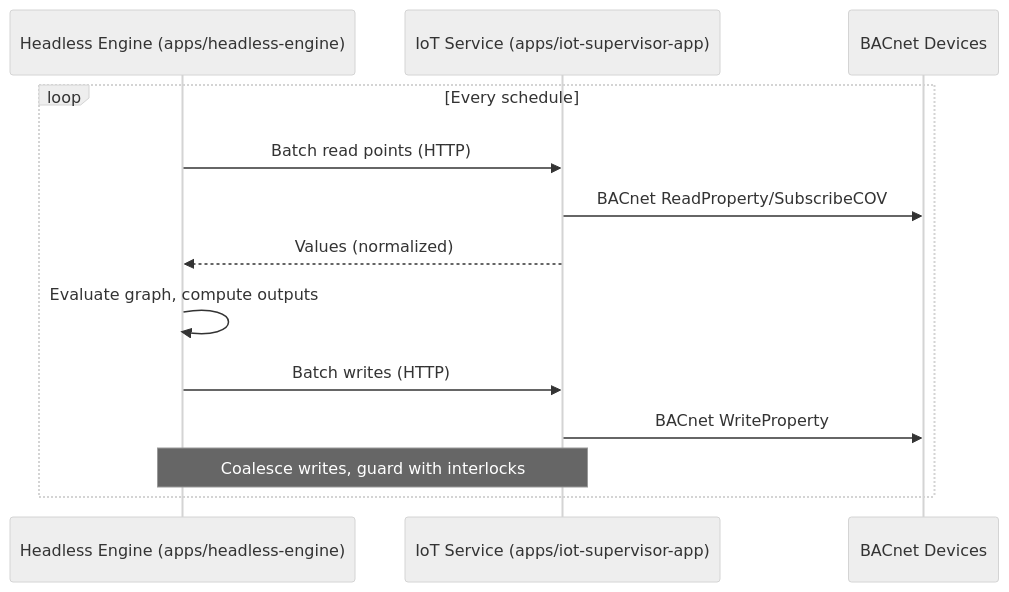
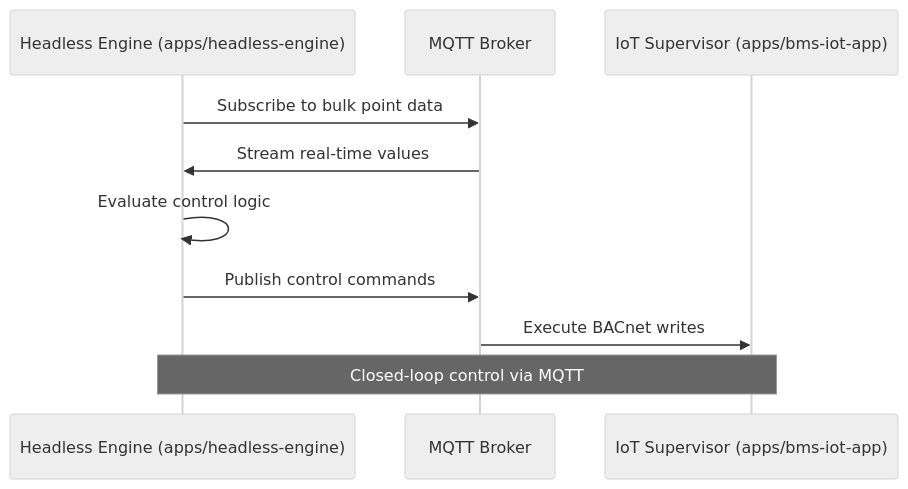
Before and after one commit to openbms-io/supervisor: the sixth of 6 diagrams in docs/architecture.md, drawn with Mermaid (neutral theme). The commit also changed other lines of this file and 154 other files, not shown here.

First line of the commit message:
Added bms-iot-app from private repo (#32)

````diff
--- a/docs/architecture.md
+++ b/docs/architecture.md
@@ -192,16 +354,13 @@
 ```mermaid
 sequenceDiagram
   participant ENG as Headless Engine (apps/headless-engine)
-  participant PY as IoT Service (apps/iot-supervisor-app)
-  participant BAC as BACnet Devices
+  participant MQTT as MQTT Broker
+  participant IoT as IoT Supervisor (apps/bms-iot-app)
 
-  loop Every schedule
-    ENG->>PY: Batch read points (HTTP)
-    PY->>BAC: BACnet ReadProperty/SubscribeCOV
-    PY-->>ENG: Values (normalized)
-    ENG->>ENG: Evaluate graph, compute outputs
-    ENG->>PY: Batch writes (HTTP)
-    PY->>BAC: BACnet WriteProperty
-    note over ENG,PY: Coalesce writes, guard with interlocks
-  end
+  ENG->>MQTT: Subscribe to bulk point data
+  MQTT->>ENG: Stream real-time values
+  ENG->>ENG: Evaluate control logic
+  ENG->>MQTT: Publish control commands
+  MQTT->>IoT: Execute BACnet writes
+  Note over ENG,IoT: Closed-loop control via MQTT
 ```
````
